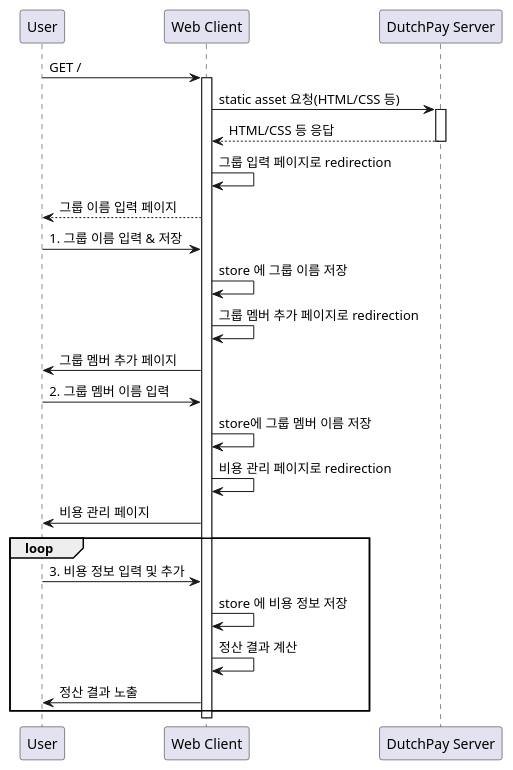
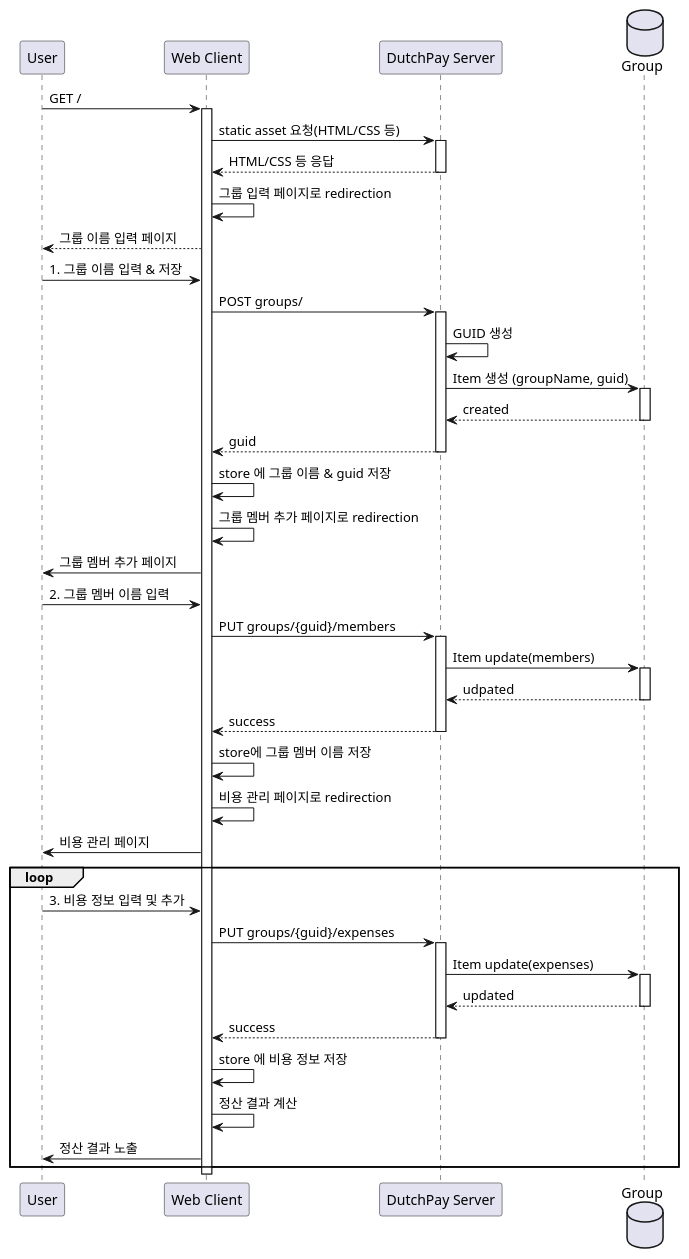
Before and after one commit to newkidsean/dutchpay-fastcampus: the diagram in docs/sequence_diagram.plantuml, drawn with PlantUML.

Commit message:
feat: 시퀀스 다이어그램에 백엔드 로직 추가

```diff
--- a/docs/sequence_diagram.plantuml
+++ b/docs/sequence_diagram.plantuml
@@ -1,34 +1,60 @@
 @startuml
 participant User
 participant "Web Client" as C
 participant "DutchPay Server" as S
+database "Group" as DB
 
 User -> C: GET /
 activate C
 C -> S: static asset 요청(HTML/CSS 등)
 activate S
 S --> C: HTML/CSS 등 응답
 deactivate S
 
 C -> C: 그룹 입력 페이지로 redirection
 C --> User: 그룹 이름 입력 페이지
 
 User -> C: 1. 그룹 이름 입력 & 저장
-C -> C: store 에 그룹 이름 저장
+C -> S: POST groups/
+activate S
+S -> S: GUID 생성
+S -> DB: Item 생성 (groupName, guid)
+activate DB
+DB --> S: created
+deactivate DB
+S --> C: guid
+deactivate S
+C -> C: store 에 그룹 이름 & guid 저장
 C -> C: 그룹 멤버 추가 페이지로 redirection
 
 C -> User: 그룹 멤버 추가 페이지
 User -> C: 2. 그룹 멤버 이름 입력
+C -> S: PUT groups/{guid}/members
+activate S
+S -> DB: Item update(members)
+activate DB
+DB --> S: udpated
+deactivate DB
+S --> C: success
+deactivate S
 C -> C: store에 그룹 멤버 이름 저장
 C -> C: 비용 관리 페이지로 redirection
 C -> User: 비용 관리 페이지
 
 loop
   User -> C: 3. 비용 정보 입력 및 추가
+  C -> S: PUT groups/{guid}/expenses
+  activate S
+  S -> DB: Item update(expenses)
+  activate DB
+  DB --> S: updated
+  deactivate DB
+  S --> C: success
+  deactivate S
   C -> C: store 에 비용 정보 저장
   C -> C: 정산 결과 계산
   C -> User: 정산 결과 노출
 end
 
 deactivate C
 @enduml
```
